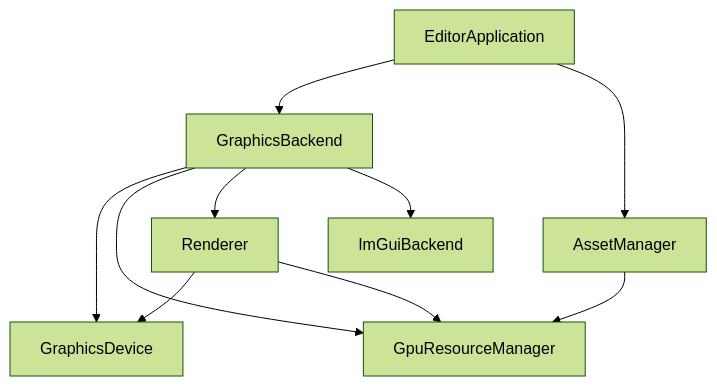
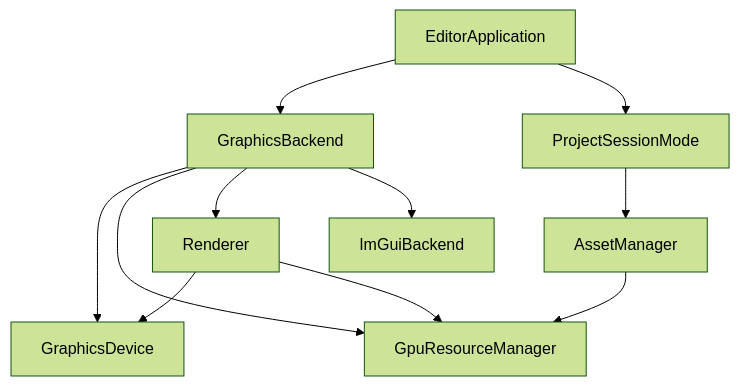
Before and after one commit to veresdomonkos/Crimson: the diagram in README.md, drawn with Mermaid (forest theme).

Commit message:
show the session mode owning the asset manager in the readme

````diff
--- a/README.md
+++ b/README.md
@@ -25,12 +25,13 @@
 ```mermaid
 flowchart TD
     App[EditorApplication] --> GB[GraphicsBackend]
     GB --> Dev[GraphicsDevice]
     GB --> Res[GpuResourceManager]
     GB --> Ren[Renderer]
     GB --> Im[ImGuiBackend]
-    App --> AM[AssetManager]
+    App --> Mode[ProjectSessionMode]
+    Mode --> AM[AssetManager]
     AM --> Res
     Ren --> Dev
     Ren --> Res
 ```
````
